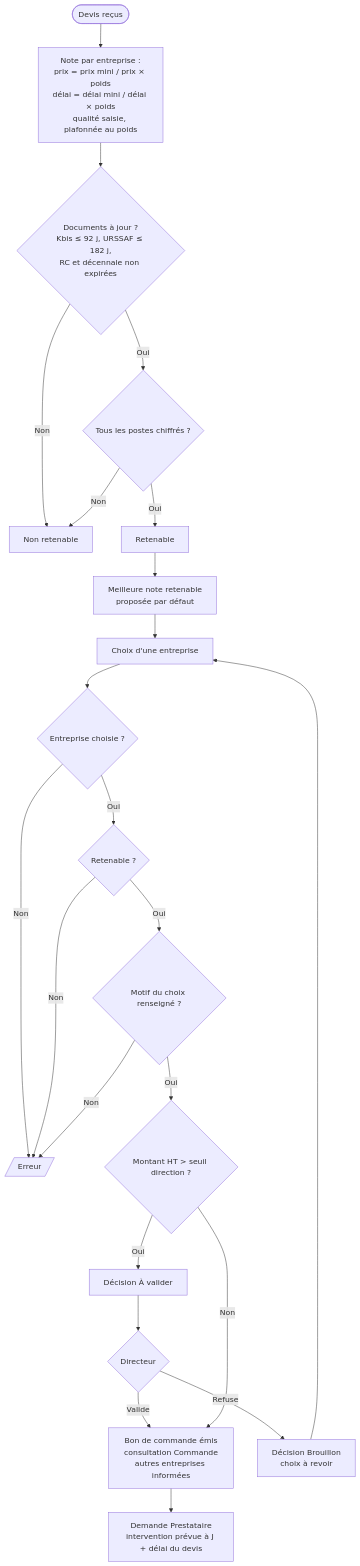
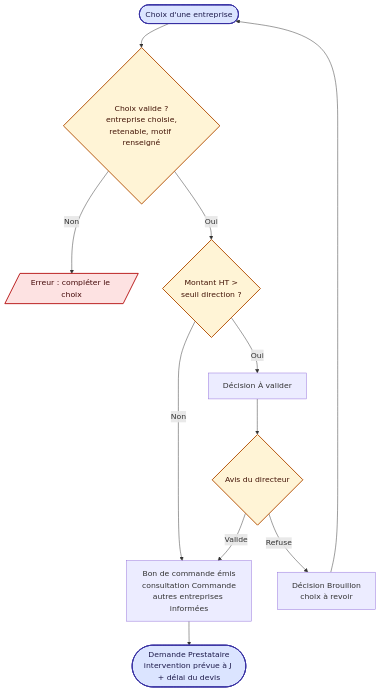
The fourth of 5 diagrams in docs/organigrammes/06-consultation-devis.md (Mogot77/Application_Gestion_Travaux), drawn with Mermaid before and after one commit. The commit also changed other lines of this file and 32 other files, not shown here.

Commit message:
docs: rework flowcharts for readability (colors, larger text, split long diagrams, recent rules)

````diff
--- a/docs/organigrammes/06-consultation-devis.md
+++ b/docs/organigrammes/06-consultation-devis.md
@@ -49,25 +86,21 @@
 ```mermaid
 flowchart TD
-    A([Devis reçus]) --> B[Note par entreprise :<br/>prix = prix mini / prix × poids<br/>délai = délai mini / délai × poids<br/>qualité saisie, plafonnée au poids]
-    B --> C{Documents à jour ?<br/>Kbis ≤ 92 j, URSSAF ≤ 182 j,<br/>RC et décennale non expirées}
-    C -- Non --> D[Non retenable]
-    C -- Oui --> E{Tous les postes chiffrés ?}
-    E -- Non --> D
-    E -- Oui --> F[Retenable]
-    F --> G[Meilleure note retenable<br/>proposée par défaut]
-    G --> H[Choix d'une entreprise]
-    H --> I{Entreprise choisie ?}
-    I -- Non --> X[/Erreur/]
-    I -- Oui --> J{Retenable ?}
-    J -- Non --> X
-    J -- Oui --> K{Motif du choix renseigné ?}
-    K -- Non --> X
-    K -- Oui --> L{Montant HT > seuil direction ?}
+    H([Choix d'une entreprise]) --> I{Choix valide ?<br/>entreprise choisie,<br/>retenable, motif renseigné}
+    I -- Non --> X[/Erreur : compléter le choix/]
+    I -- Oui --> L{Montant HT ><br/>seuil direction ?}
+    L -- Non --> O
     L -- Oui --> M[Décision À valider]
-    M --> N{Directeur}
-    N -- Valide --> O
+    M --> N{Avis du directeur}
+    N -- Valide --> O[Bon de commande émis<br/>consultation Commande<br/>autres entreprises informées]
     N -- Refuse --> P[Décision Brouillon<br/>choix à revoir]
     P --> H
-    L -- Non --> O[Bon de commande émis<br/>consultation Commande<br/>autres entreprises informées]
-    O --> Q[Demande Prestataire<br/>intervention prévue à J + délai du devis]
+    O --> Q([Demande Prestataire<br/>intervention prévue à J + délai du devis])
+    %% styles communs
+    classDef dec fill:#fff4d6,stroke:#b45309,stroke-width:2px,color:#431407
+    classDef term fill:#dbe4ff,stroke:#3730a3,stroke-width:2px,color:#1e1b4b
+    classDef err fill:#fde2e2,stroke:#b91c1c,stroke-width:2px,color:#450a0a
+    classDef ok fill:#dcfce7,stroke:#15803d,stroke-width:2px,color:#052e16
+    class I,L,N dec
+    class H,Q term
+    class X err
 ```
````
